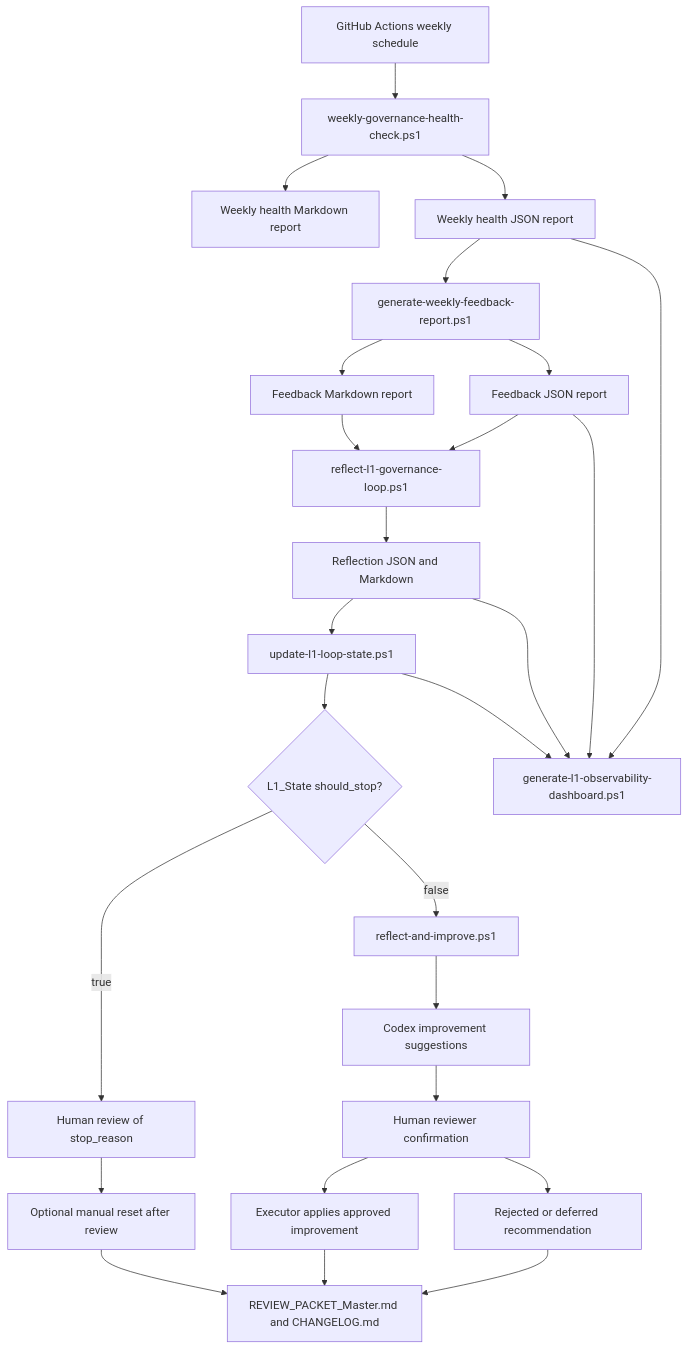
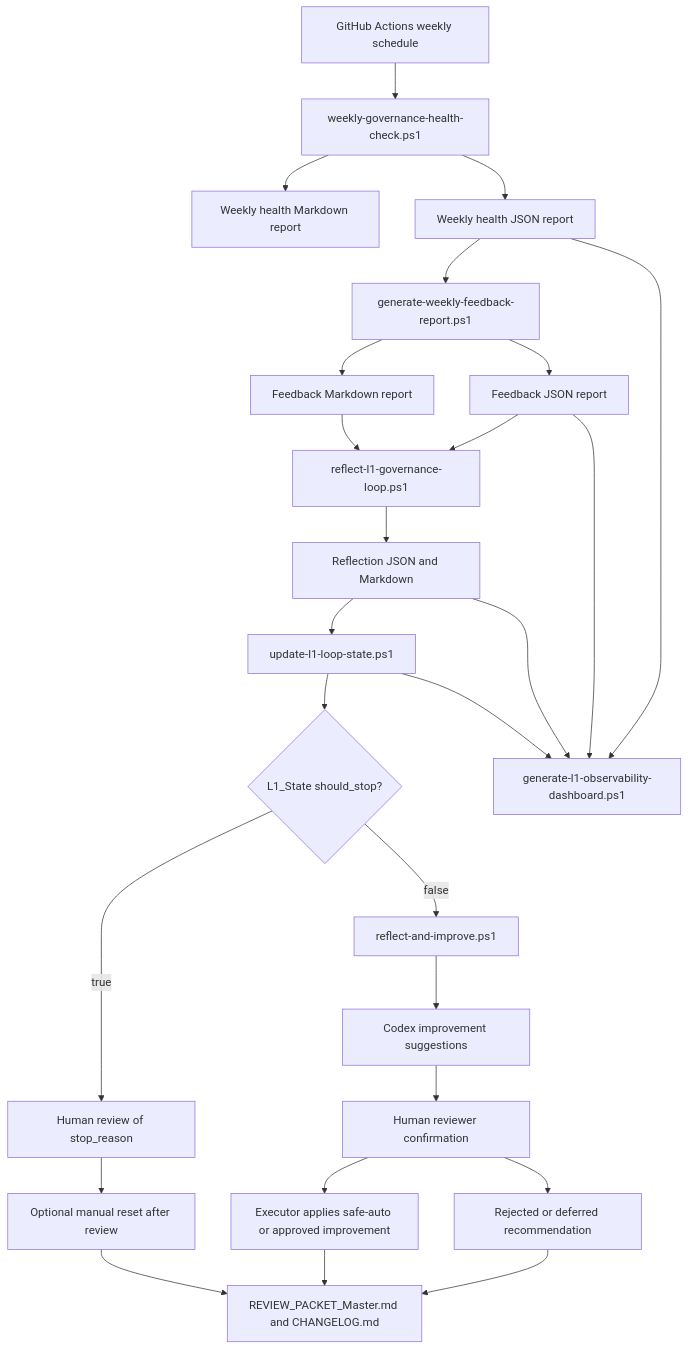
Before and after one commit to yihui315/yihui315: the diagram in Codex_L1_Governance/self_evolution/L1_Self_Run_Self_Evolution_Architecture.md, drawn with Mermaid. The commit also changed other lines of this file and 28 other files, not shown here.

````diff
--- a/Codex_L1_Governance/self_evolution/L1_Self_Run_Self_Evolution_Architecture.md
+++ b/Codex_L1_Governance/self_evolution/L1_Self_Run_Self_Evolution_Architecture.md
@@ -11,28 +11,28 @@
 ```mermaid
 flowchart TD
   A["GitHub Actions weekly schedule"] --> B["weekly-governance-health-check.ps1"]
   B --> C["Weekly health Markdown report"]
   B --> D["Weekly health JSON report"]
   D --> E["generate-weekly-feedback-report.ps1"]
   E --> F["Feedback Markdown report"]
   E --> G["Feedback JSON report"]
   F --> H["reflect-l1-governance-loop.ps1"]
   G --> H
   H --> I["Reflection JSON and Markdown"]
   I --> J["update-l1-loop-state.ps1"]
   J --> K{"L1_State should_stop?"}
   K -->|true| L["Human review of stop_reason"]
   K -->|false| M["reflect-and-improve.ps1"]
   M --> N["Codex improvement suggestions"]
   N --> O["Human reviewer confirmation"]
-  O --> P["Executor applies approved improvement"]
+  O --> P["Executor applies safe-auto or approved improvement"]
   O --> Q["Rejected or deferred recommendation"]
   P --> R["REVIEW_PACKET_Master.md and CHANGELOG.md"]
   Q --> R
   L --> S["Optional manual reset after review"]
   S --> R
   D --> T["generate-l1-observability-dashboard.ps1"]
   G --> T
   I --> T
   J --> T
 ```
````
